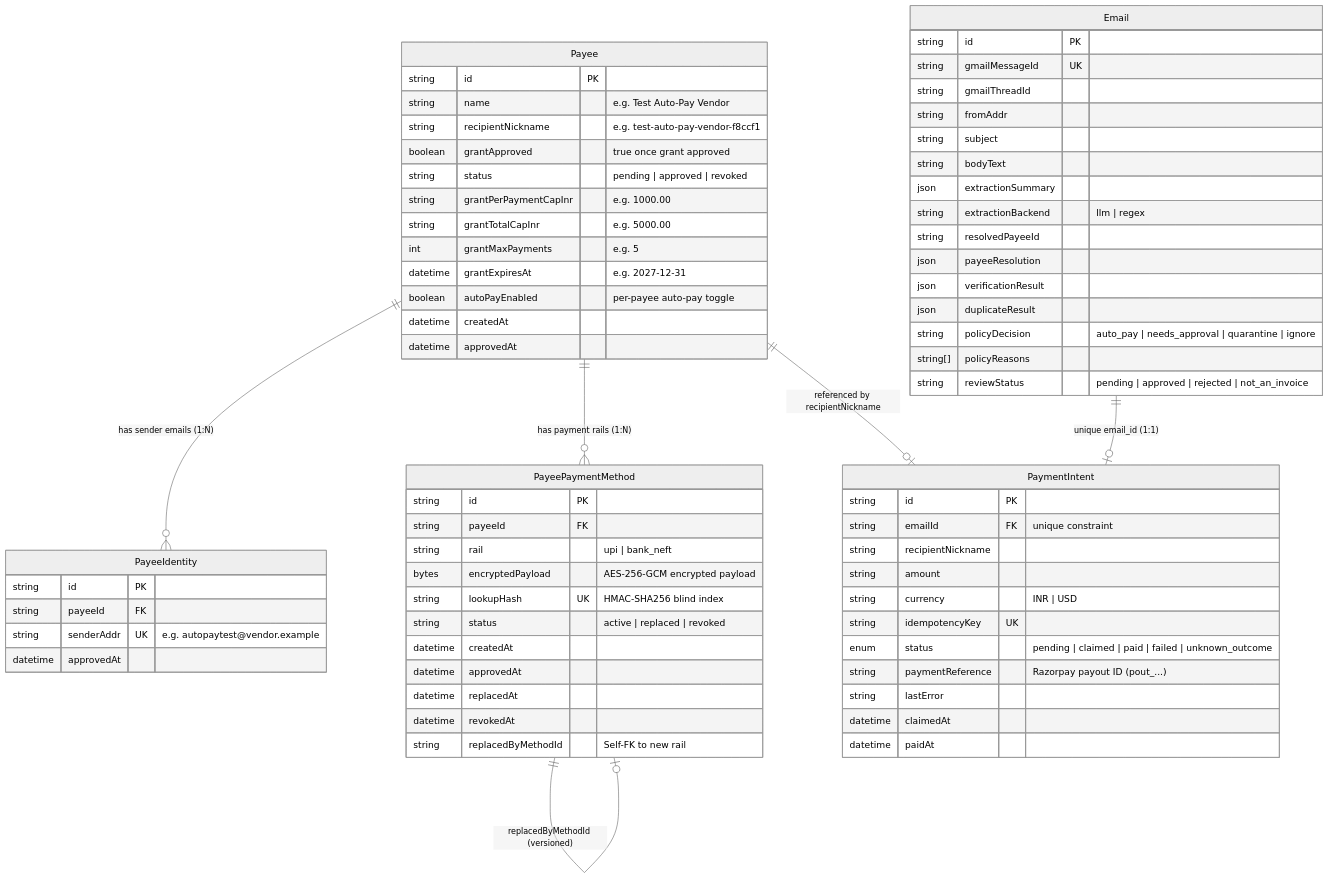
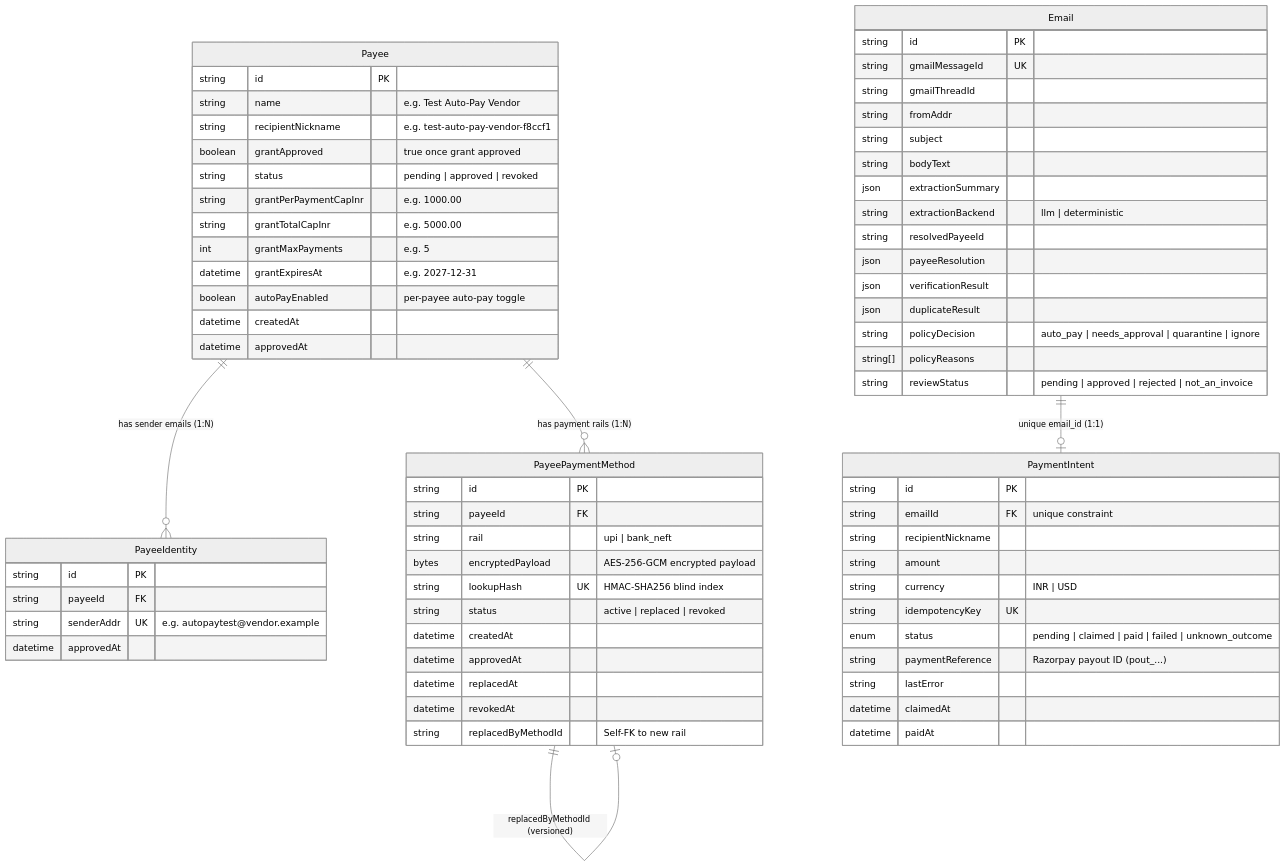
The fourth of 5 diagrams in docs/ARCHITECTURE.md (HkSolDev/pay-agent), drawn with Mermaid (neutral theme) before and after one commit. The commit also changed other lines of this file, not shown here.

Commit message:
Correct architecture implementation details

````diff
--- a/docs/ARCHITECTURE.md
+++ b/docs/ARCHITECTURE.md
@@ -157,76 +157,75 @@
 ```mermaid
 erDiagram
     Payee ||--o{ PayeeIdentity : "has sender emails (1:N)"
     Payee ||--o{ PayeePaymentMethod : "has payment rails (1:N)"
-    Payee ||--o| PaymentIntent : "referenced by recipientNickname"
     Email ||--o| PaymentIntent : "unique email_id (1:1)"
     PayeePaymentMethod ||--o| PayeePaymentMethod : "replacedByMethodId (versioned)"
 
     Payee {
         string id PK
         string name "e.g. Test Auto-Pay Vendor"
         string recipientNickname "e.g. test-auto-pay-vendor-f8ccf1"
         boolean grantApproved "true once grant approved"
         string status "pending | approved | revoked"
         string grantPerPaymentCapInr "e.g. 1000.00"
         string grantTotalCapInr "e.g. 5000.00"
         int grantMaxPayments "e.g. 5"
         datetime grantExpiresAt "e.g. 2027-12-31"
         boolean autoPayEnabled "per-payee auto-pay toggle"
         datetime createdAt
         datetime approvedAt
     }
 
     PayeeIdentity {
         string id PK
         string payeeId FK
         string senderAddr UK "e.g. autopaytest@vendor.example"
         datetime approvedAt
     }
 
     PayeePaymentMethod {
         string id PK
         string payeeId FK
         string rail "upi | bank_neft"
         bytes encryptedPayload "AES-256-GCM encrypted payload"
         string lookupHash UK "HMAC-SHA256 blind index"
         string status "active | replaced | revoked"
         datetime createdAt
         datetime approvedAt
         datetime replacedAt
         datetime revokedAt
         string replacedByMethodId "Self-FK to new rail"
     }
 
     Email {
         string id PK
         string gmailMessageId UK
         string gmailThreadId
         string fromAddr
         string subject
         string bodyText
         json extractionSummary
-        string extractionBackend "llm | regex"
+        string extractionBackend "llm | deterministic"
         string resolvedPayeeId
         json payeeResolution
         json verificationResult
         json duplicateResult
         string policyDecision "auto_pay | needs_approval | quarantine | ignore"
         string[] policyReasons
         string reviewStatus "pending | approved | rejected | not_an_invoice"
     }
 
     PaymentIntent {
         string id PK
         string emailId FK "unique constraint"
         string recipientNickname
         string amount
         string currency "INR | USD"
         string idempotencyKey UK
         enum status "pending | claimed | paid | failed | unknown_outcome"
         string paymentReference "Razorpay payout ID (pout_...)"
         string lastError
         datetime claimedAt
         datetime paidAt
-    }
+}
 ```
````
